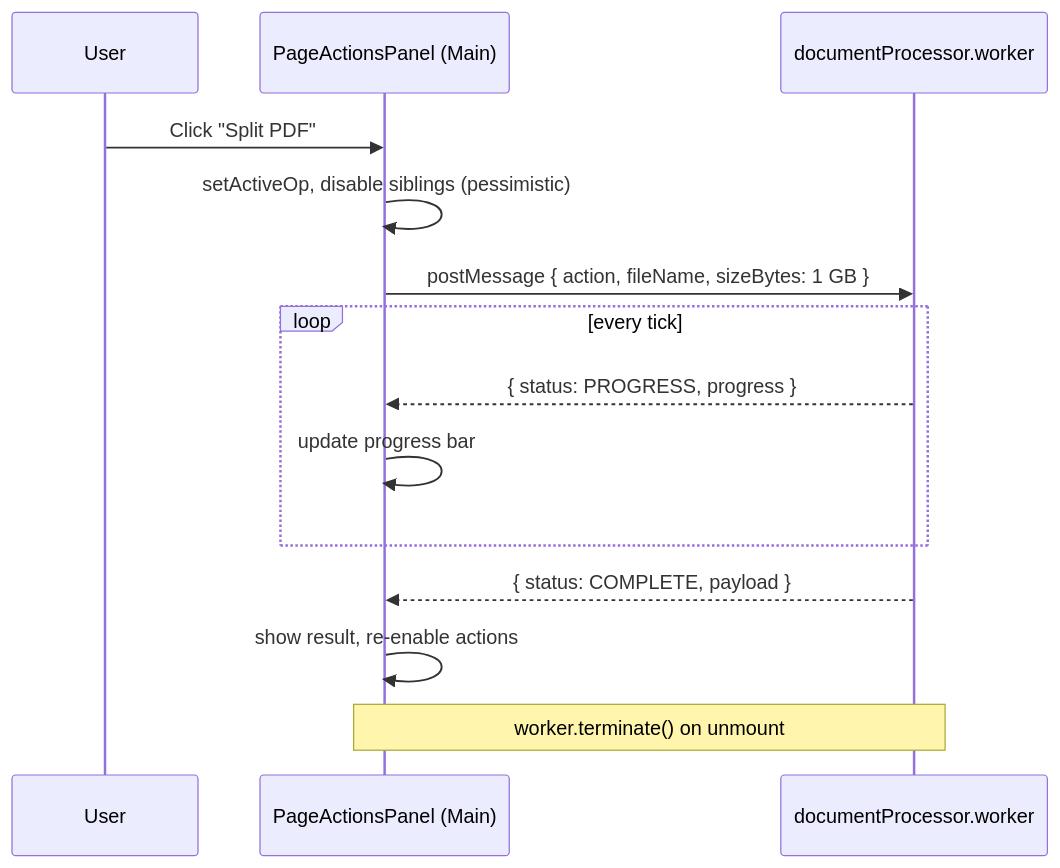
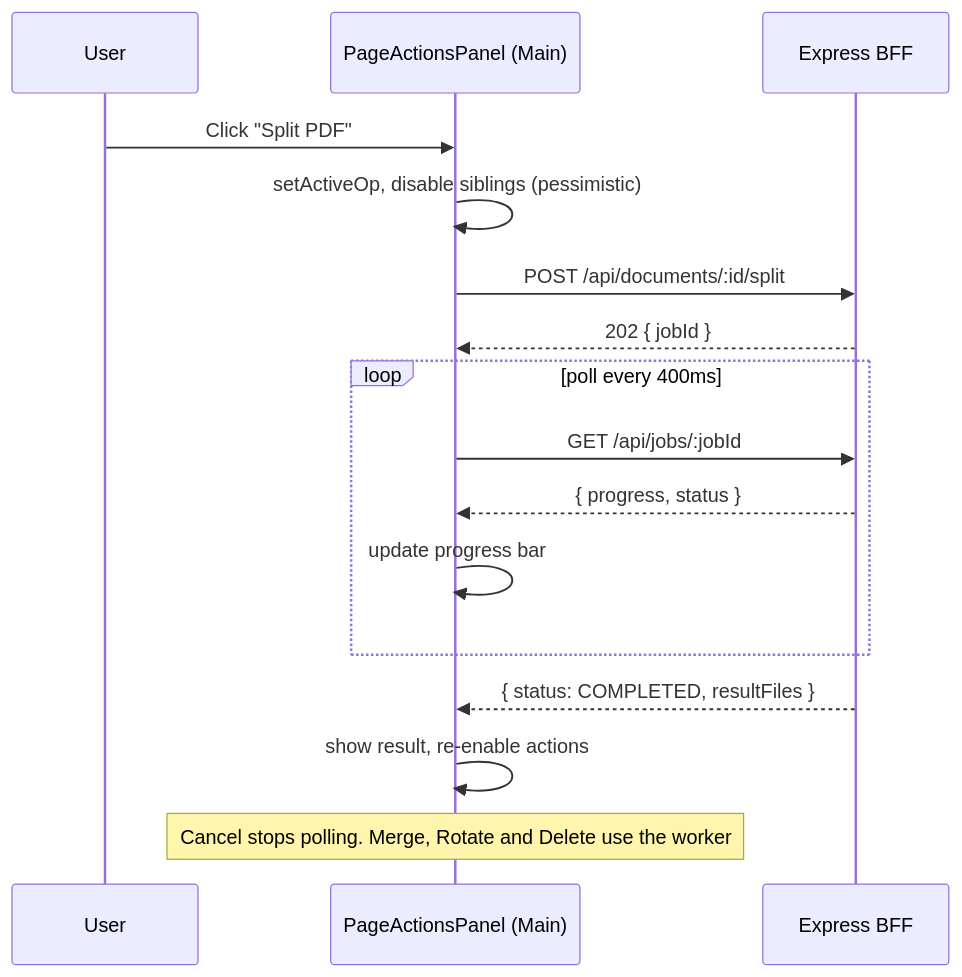
The fifth of 5 diagrams in docs/architecture.md (sivaramakrishnatumma/abc-insurance-claims), drawn with Mermaid before and after one commit. The commit also changed other lines of this file and 19 other files, not shown here.

````diff
--- a/docs/architecture.md
+++ b/docs/architecture.md
@@ -115,17 +123,19 @@
 ```mermaid
 sequenceDiagram
   participant U as User
   participant C as PageActionsPanel (Main)
-  participant W as documentProcessor.worker
+  participant B as Express BFF
 
   U->>C: Click "Split PDF"
   C->>C: setActiveOp, disable siblings (pessimistic)
-  C->>W: postMessage { action, fileName, sizeBytes: 1 GB }
-  loop every tick
-    W-->>C: { status: PROGRESS, progress }
+  C->>B: POST /api/documents/:id/split
+  B-->>C: 202 { jobId }
+  loop poll every 400ms
+    C->>B: GET /api/jobs/:jobId
+    B-->>C: { progress, status }
     C->>C: update progress bar
   end
-  W-->>C: { status: COMPLETE, payload }
+  B-->>C: { status: COMPLETED, resultFiles }
   C->>C: show result, re-enable actions
-  Note over C,W: worker.terminate() on unmount
+  Note over C: Cancel stops polling. Merge, Rotate and Delete use the worker
 ```
````
